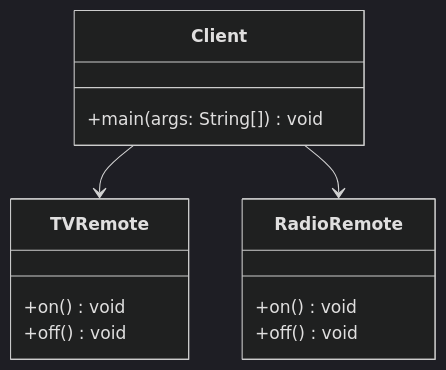
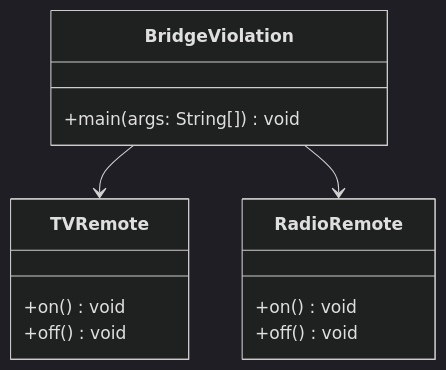
Before and after one commit to divyadhimaan/lld-playground: the first of 2 diagrams in concepts/design-patterns/bridge.md, drawn with Mermaid (dark theme). The commit also changed other lines of this file, not shown here.

Commit message:
bridge design pattern: enhanced code

````diff
--- a/concepts/design-patterns/bridge.md
+++ b/concepts/design-patterns/bridge.md
@@ -33,20 +33,21 @@
 ```mermaid
 classDiagram
     class TVRemote {
         +on() void
         +off() void
     }
 
     class RadioRemote {
         +on() void
         +off() void
     }
 
-    class Client {
+    class BridgeViolation {
         +main(args: String[]) void
     }
 
-    Client --> TVRemote
-    Client --> RadioRemote
+    BridgeViolation --> TVRemote
+    BridgeViolation --> RadioRemote
+
 
 ```
````
